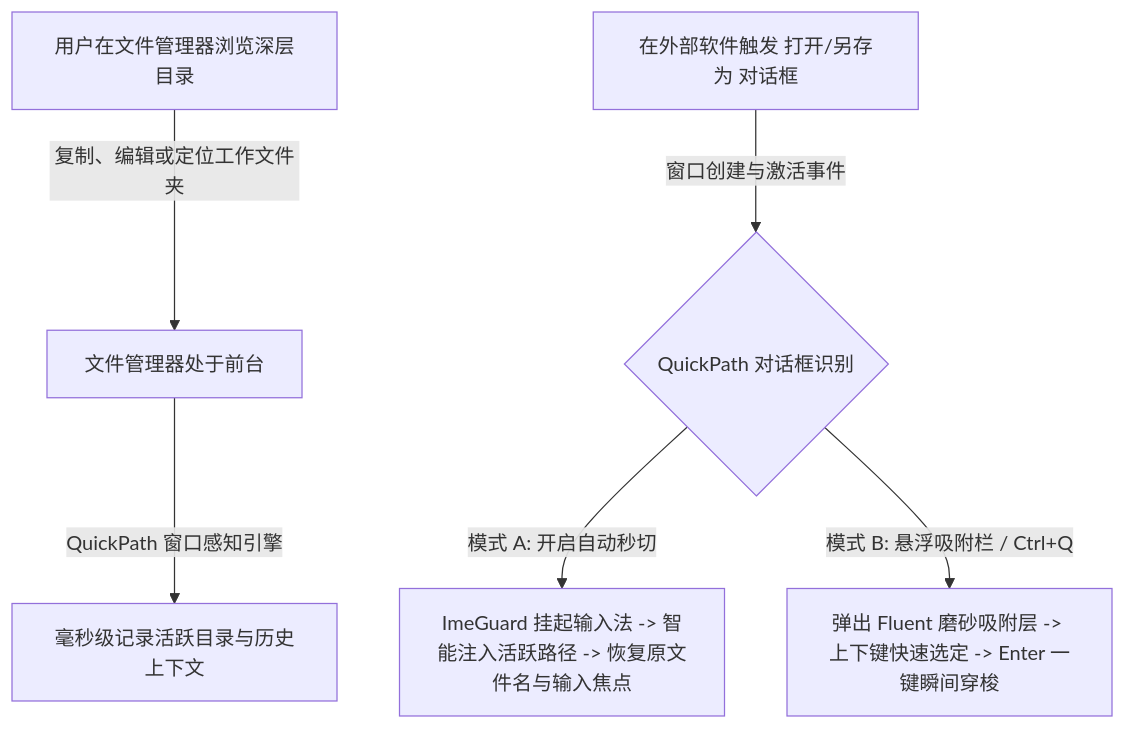
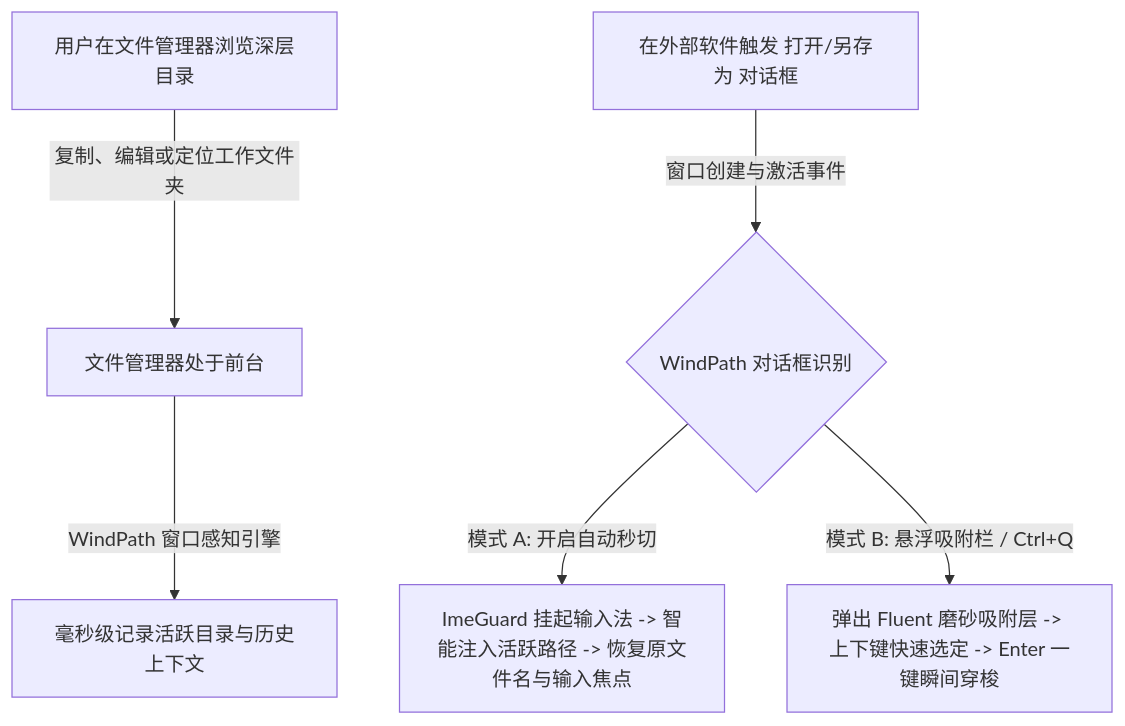
One commit to clhome/QuickPath changed the diagram in Document/User_Manual_CN.md. Above: the diagram before and after it, drawn with Mermaid. The commit also changed other lines of this file and 3 other files, not shown here.

Commit message:
WindPath 说明书

````diff
--- a/Document/User_Manual_CN.md
+++ b/Document/User_Manual_CN.md
@@ -65,8 +67,8 @@
 ```mermaid
 graph TD
     A[用户在文件管理器浏览深层目录] -->|复制、编辑或定位工作文件夹| B[文件管理器处于前台]
-    B -->|QuickPath 窗口感知引擎| C[毫秒级记录活跃目录与历史上下文]
-    D[在外部软件触发 打开/另存为 对话框] -->|窗口创建与激活事件| E{QuickPath 对话框识别}
+    B -->|WindPath 窗口感知引擎| C[毫秒级记录活跃目录与历史上下文]
+    D[在外部软件触发 打开/另存为 对话框] -->|窗口创建与激活事件| E{WindPath 对话框识别}
     E -->|模式 A: 开启自动秒切| F[ImeGuard 挂起输入法 -> 智能注入活跃路径 -> 恢复原文件名与输入焦点]
     E -->|模式 B: 悬浮吸附栏 / Ctrl+Q| G[弹出 Fluent 磨砂吸附层 -> 上下键快速选定 -> Enter 一键瞬间穿梭]
 ```
````
